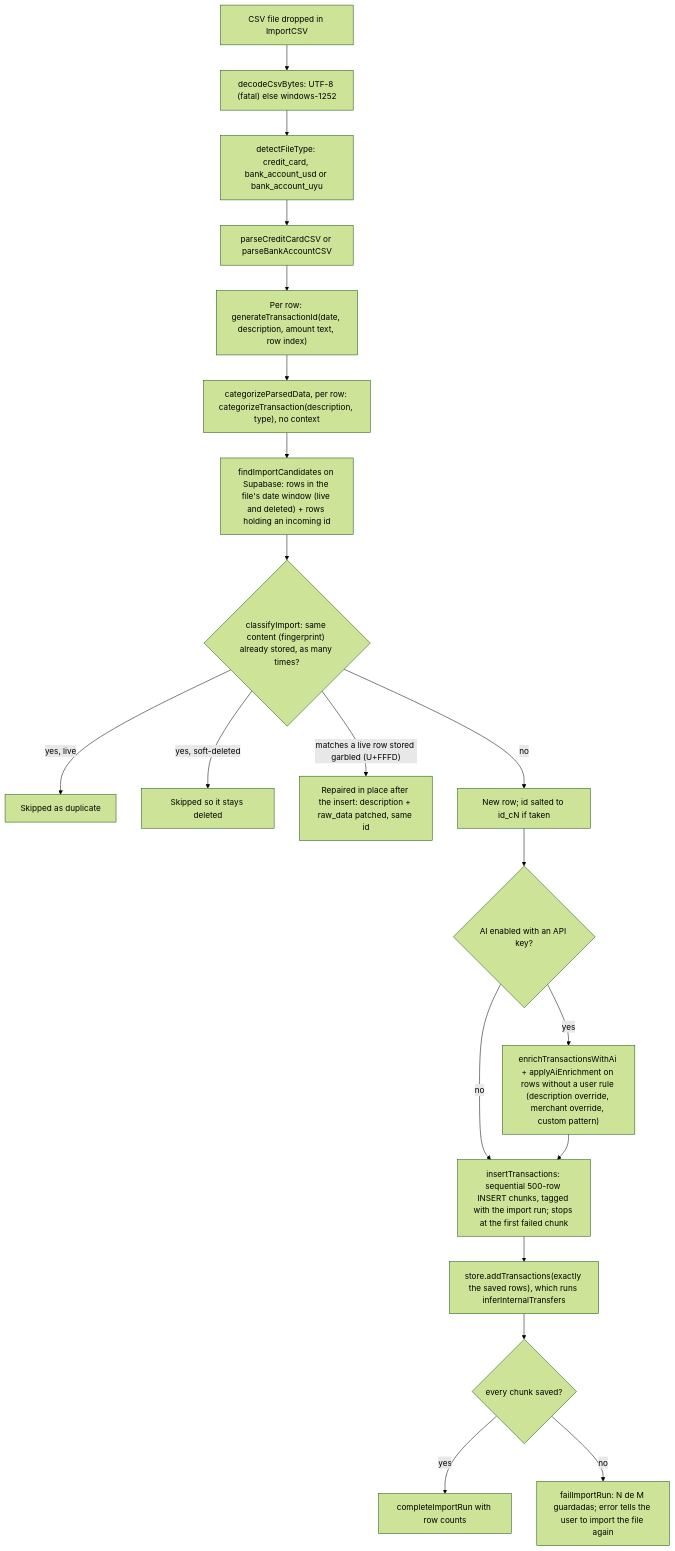
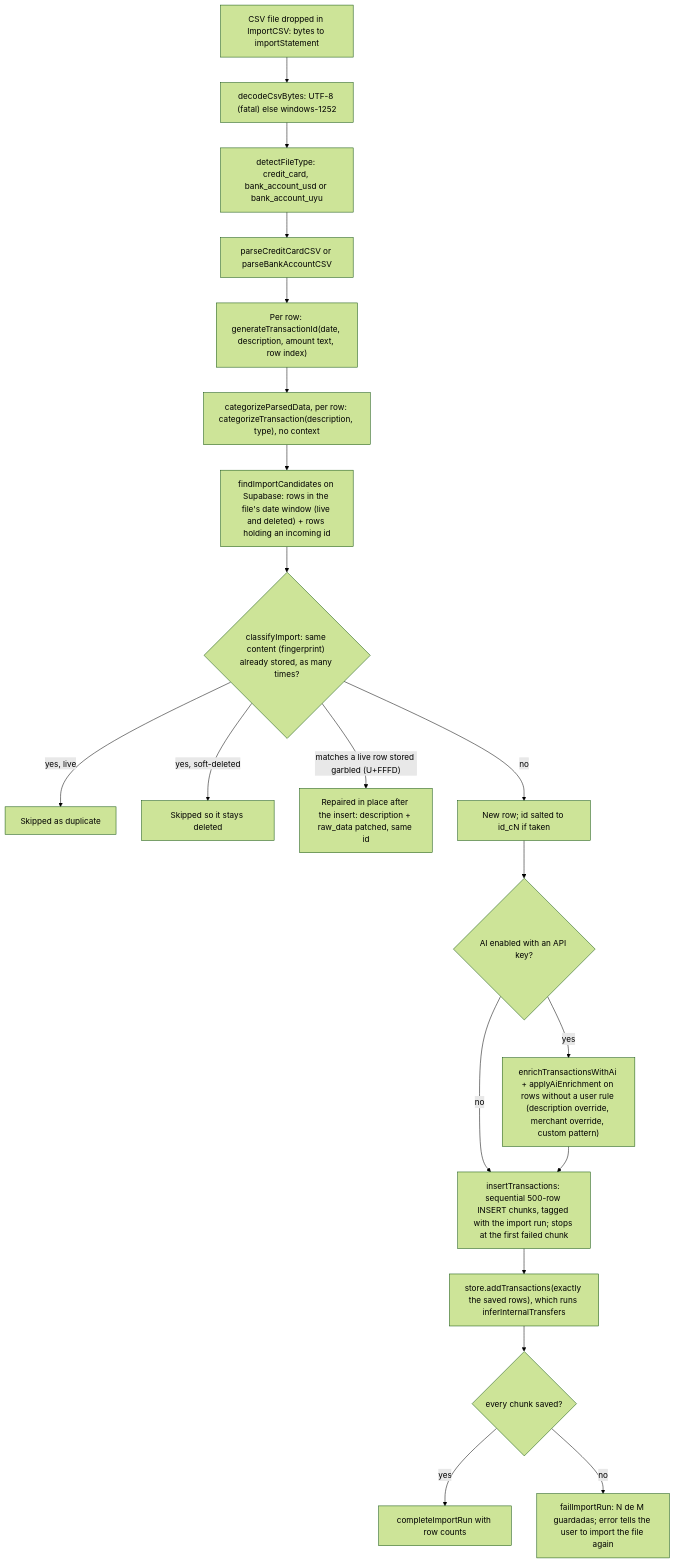
Before and after one commit to eltaiguer/tatu: the first of 3 diagrams in docs/architecture.md, drawn with Mermaid (forest theme). The commit also changed other lines of this file and 1 other file, not shown here.

Commit message:
docs: the import pipeline behind importStatement; newestDataMonth

````diff
--- a/docs/architecture.md
+++ b/docs/architecture.md
@@ -34,22 +41,22 @@
 ```mermaid
 flowchart TD
-    A["CSV file dropped in ImportCSV"] --> A2["decodeCsvBytes: UTF-8 (fatal) else windows-1252"]
+    A["CSV file dropped in ImportCSV: bytes to importStatement"] --> A2["decodeCsvBytes: UTF-8 (fatal) else windows-1252"]
     A2 --> B["detectFileType: credit_card, bank_account_usd or bank_account_uyu"]
     B --> C["parseCreditCardCSV or parseBankAccountCSV"]
     C --> E["Per row: generateTransactionId(date, description, amount text, row index)"]
     E --> D["categorizeParsedData, per row: categorizeTransaction(description, type), no context"]
     D --> F["findImportCandidates on Supabase: rows in the file's date window (live and deleted) + rows holding an incoming id"]
     F --> G{"classifyImport: same content (fingerprint) already stored, as many times?"}
     G -- "yes, live" --> H["Skipped as duplicate"]
     G -- "yes, soft-deleted" --> I["Skipped so it stays deleted"]
     G -- "matches a live row stored garbled (U+FFFD)" --> R["Repaired in place after the insert: description + raw_data patched, same id"]
     G -- "no" --> S["New row; id salted to id_cN if taken"]
     S --> J{"AI enabled with an API key?"}
     J -- "yes" --> K["enrichTransactionsWithAi + applyAiEnrichment on rows without a user rule (description override, merchant override, custom pattern)"]
     J -- "no" --> L["insertTransactions: sequential 500-row INSERT chunks, tagged with the import run; stops at the first failed chunk"]
     K --> L
     L --> M["store.addTransactions(exactly the saved rows), which runs inferInternalTransfers"]
     M --> N{"every chunk saved?"}
     N -- "yes" --> O["completeImportRun with row counts"]
     N -- "no" --> P["failImportRun: N de M guardadas; error tells the user to import the file again"]
 ```
````
